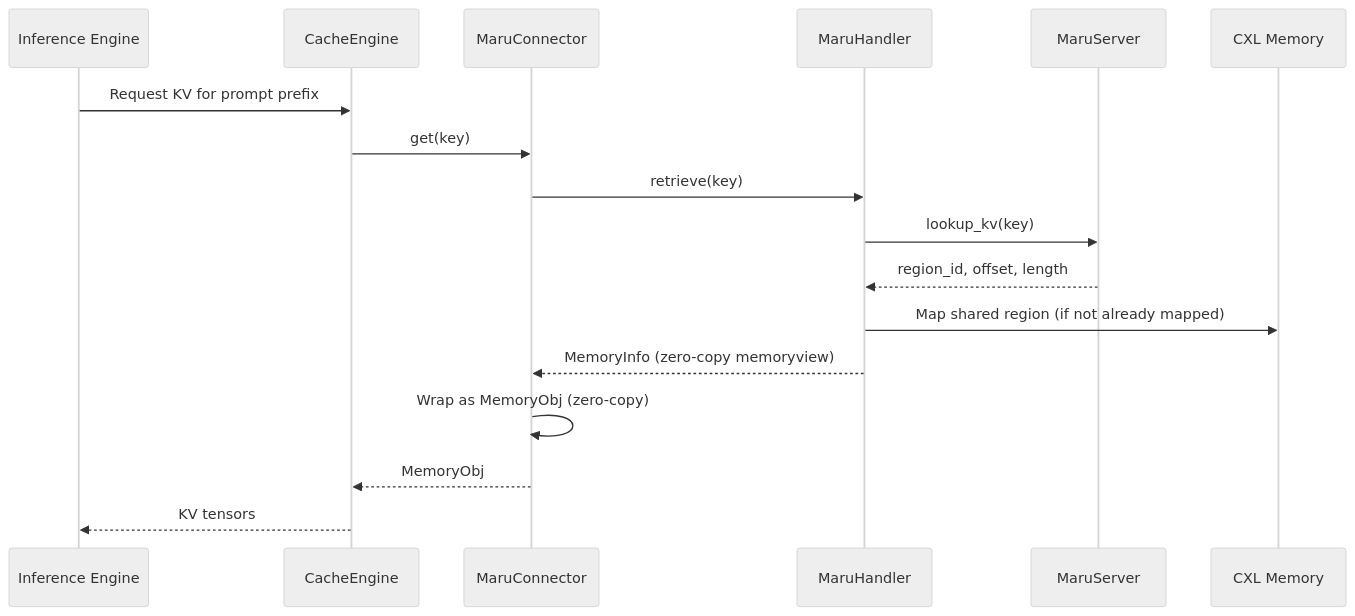
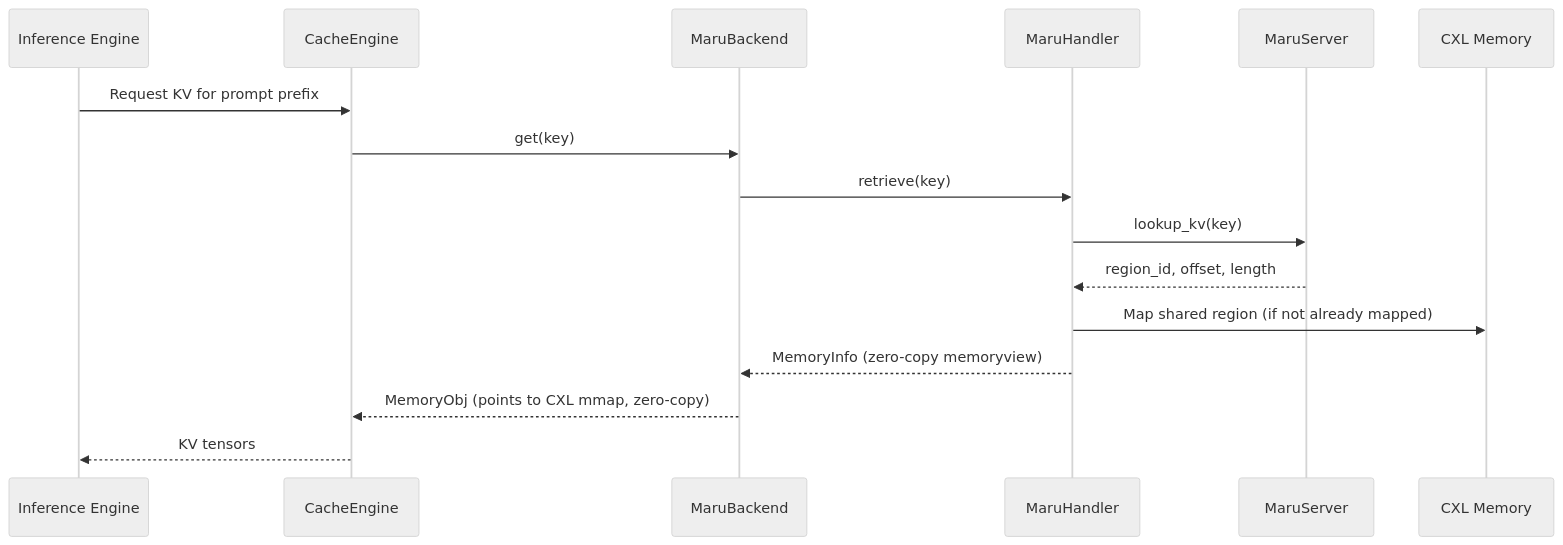
The second of 2 diagrams in docs/source/integration/lmcache.md (xcena-dev/maru), drawn with Mermaid (neutral theme) before and after one commit. The commit also changed other lines of this file and 46 other files, not shown here.

First line of the commit message:
feat/maru backend (#29)

````diff
--- a/docs/source/integration/lmcache.md
+++ b/docs/source/integration/lmcache.md
@@ -77,20 +81,19 @@
 ```mermaid
 sequenceDiagram
     participant IE as Inference Engine
     participant CE as CacheEngine
-    participant MC as MaruConnector
+    participant MB as MaruBackend
     participant MH as MaruHandler
     participant MS as MaruServer
     participant CXL as CXL Memory
 
     IE->>CE: Request KV for prompt prefix
-    CE->>MC: get(key)
-    MC->>MH: retrieve(key)
+    CE->>MB: get(key)
+    MB->>MH: retrieve(key)
     MH->>MS: lookup_kv(key)
     MS-->>MH: region_id, offset, length
     MH->>CXL: Map shared region (if not already mapped)
-    MH-->>MC: MemoryInfo (zero-copy memoryview)
-    MC->>MC: Wrap as MemoryObj (zero-copy)
-    MC-->>CE: MemoryObj
+    MH-->>MB: MemoryInfo (zero-copy memoryview)
+    MB-->>CE: MemoryObj (points to CXL mmap, zero-copy)
     CE-->>IE: KV tensors
 ```
````
